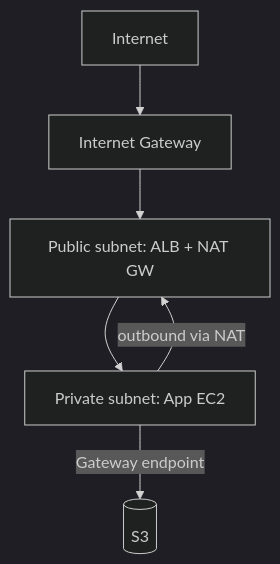
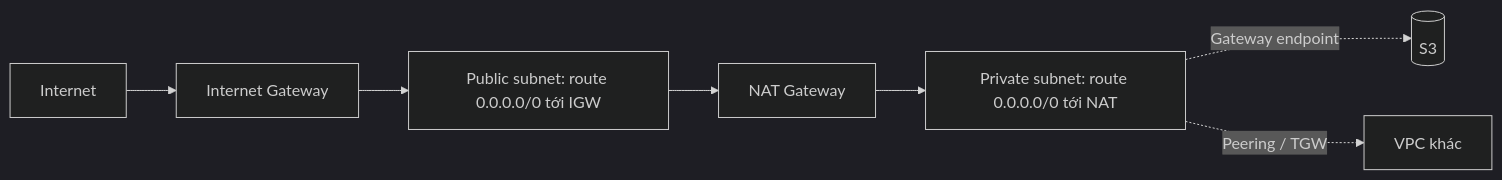
Before and after one commit to passion-Infinity/personal-tech-playbook: the diagram in src/assets/knowledge/playbooks/aws/vpc-networking.md, drawn with Mermaid (dark theme). The commit also changed other lines of this file and 6 other files, not shown here.

First line of the commit message:
Deep-dive rewrite: EC2 networking/placement, VPC, ELB/ASG, RDS/Aurora, Route 53/CloudFront

````diff
--- a/src/assets/knowledge/playbooks/aws/vpc-networking.md
+++ b/src/assets/knowledge/playbooks/aws/vpc-networking.md
@@ -19,8 +34,9 @@
 ```mermaid
-flowchart TD
+flowchart LR
     I[Internet] --> IGW[Internet Gateway]
-    IGW --> PUB["Public subnet: ALB + NAT GW"]
-    PUB --> PRI["Private subnet: App EC2"]
-    PRI -->|outbound via NAT| PUB
-    PRI -->|Gateway endpoint| S3[(S3)]
+    IGW --> PUB["Public subnet: route 0.0.0.0/0 tới IGW"]
+    PUB --> NAT[NAT Gateway]
+    NAT --> PRV["Private subnet: route 0.0.0.0/0 tới NAT"]
+    PRV -.->|"Gateway endpoint"| S3[(S3)]
+    PRV -.->|Peering / TGW| V2[VPC khác]
 ```
````
